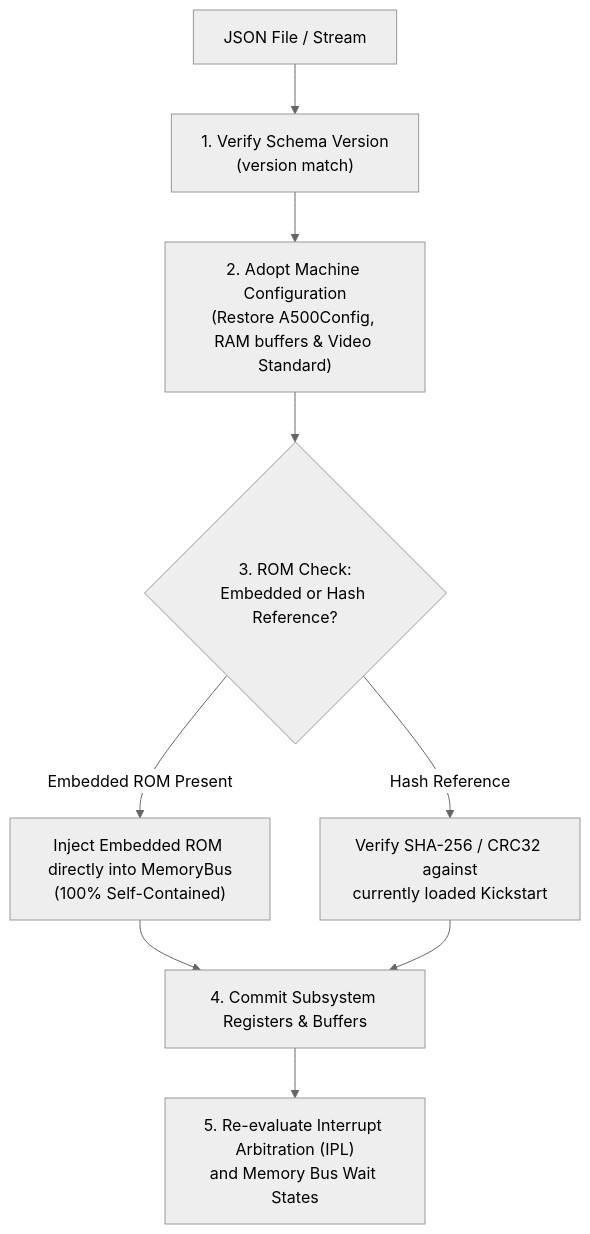
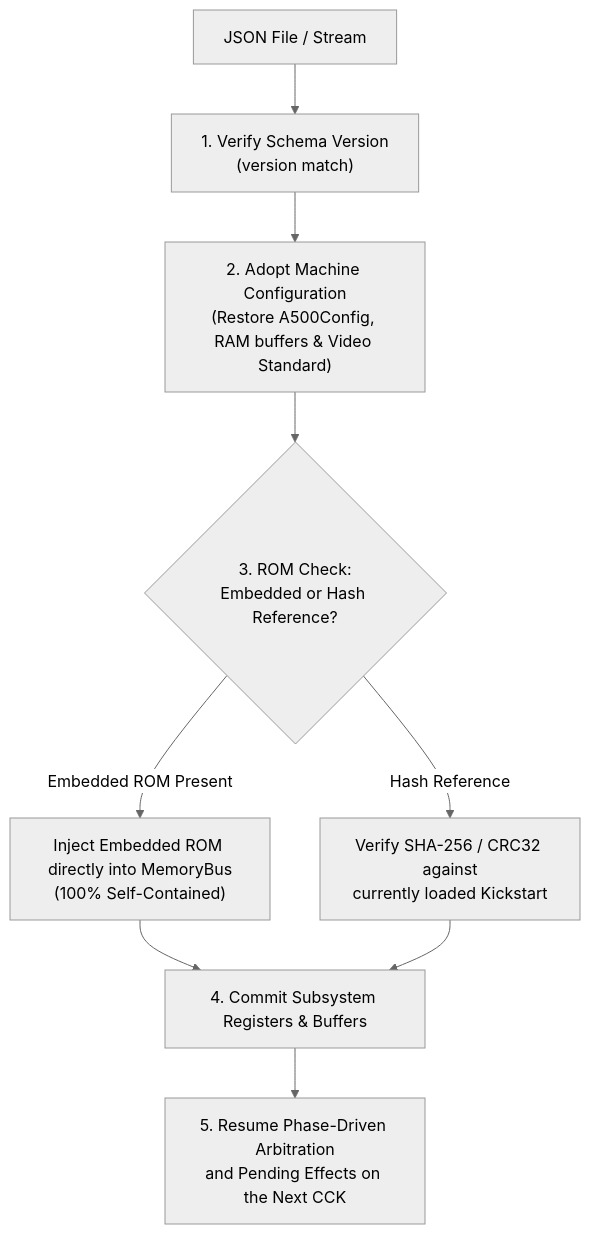
The second of 2 diagrams in Obsidian/Amiga/Design/Application/SaveState.md (tomek-anuszkiewicz/amiga-studio), drawn with Mermaid (neutral theme) before and after one commit. The commit also changed other lines of this file and 33 other files, not shown here.

````diff
--- a/Obsidian/Amiga/Design/Application/SaveState.md
+++ b/Obsidian/Amiga/Design/Application/SaveState.md
@@ -98,13 +98,13 @@
 ```mermaid
 flowchart TD
     INPUT["JSON File / Stream"] --> HEADER["1. Verify Schema Version\n(version match)"]
     HEADER --> CONFIG["2. Adopt Machine Configuration\n(Restore A500Config, RAM buffers & Video Standard)"]
     CONFIG --> ROM_CHECK{"3. ROM Check:\nEmbedded or Hash Reference?"}
 
     ROM_CHECK -->|Embedded ROM Present| LOAD_ROM["Inject Embedded ROM directly into MemoryBus\n(100% Self-Contained)"]
     ROM_CHECK -->|Hash Reference| VERIFY_ROM["Verify SHA-256 / CRC32 against\ncurrently loaded Kickstart"]
 
     LOAD_ROM --> RESTORE["4. Commit Subsystem Registers & Buffers"]
     VERIFY_ROM --> RESTORE
-    RESTORE --> ARBITRATE["5. Re-evaluate Interrupt Arbitration (IPL)\nand Memory Bus Wait States"]
+    RESTORE --> ARBITRATE["5. Resume Phase-Driven Arbitration\nand Pending Effects on the Next CCK"]
 ```
````
